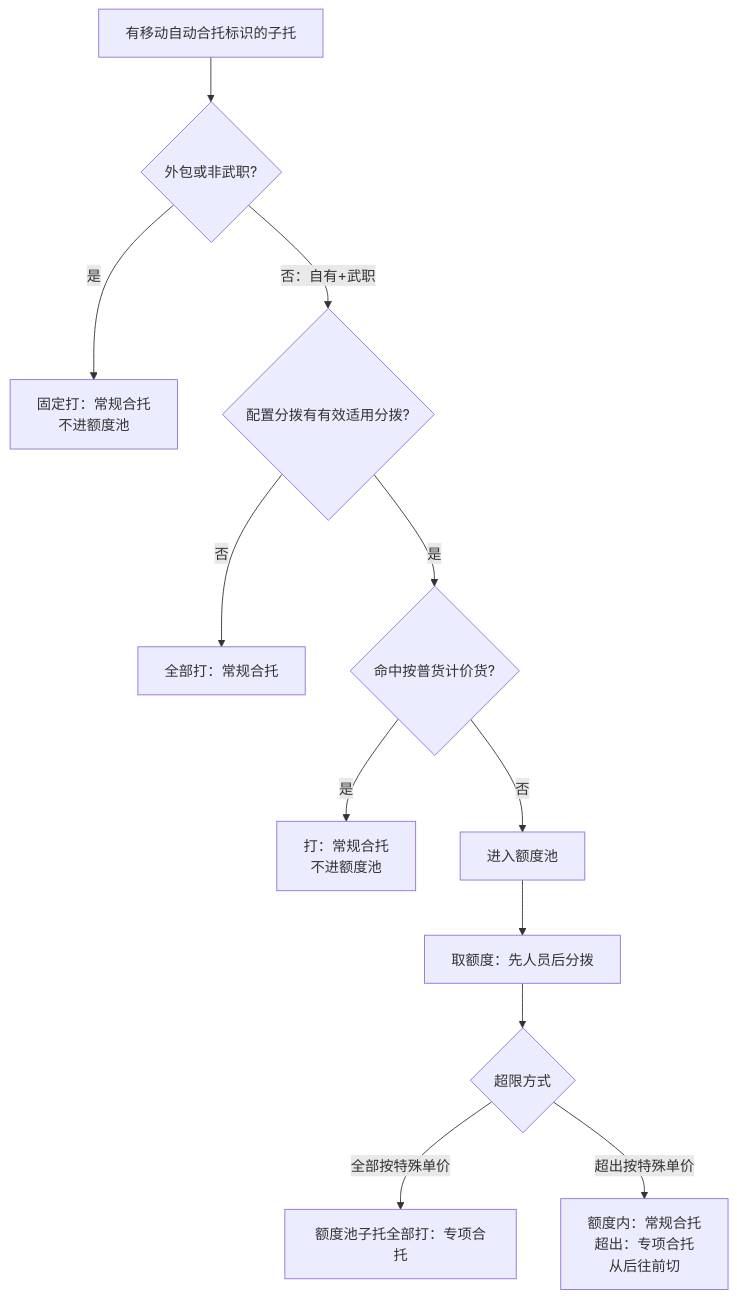
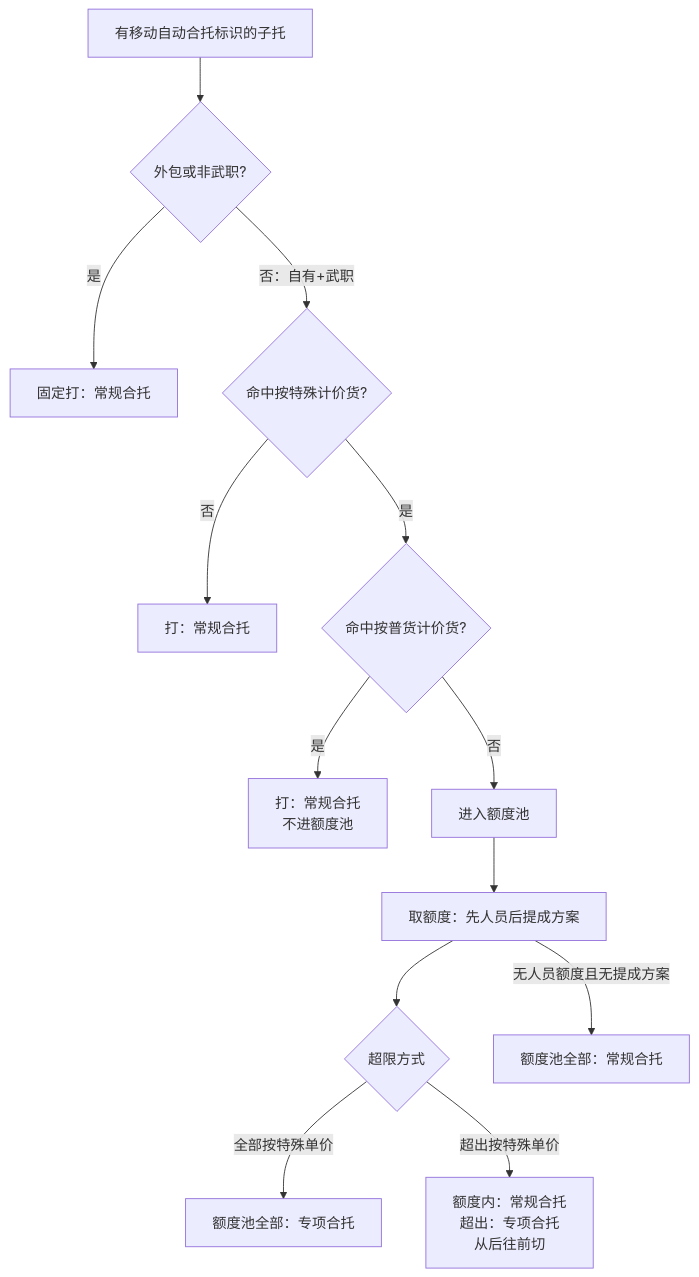
The diagram in docs/薪资线上化/移动作业统计-移动自动合托拆分.md (Sunny-sv/SZFB), drawn with Mermaid before and after one commit. The commit also changed other lines of this file and 5 other files, not shown here.

````diff
--- a/docs/薪资线上化/移动作业统计-移动自动合托拆分.md
+++ b/docs/薪资线上化/移动作业统计-移动自动合托拆分.md
@@ -139,14 +139,15 @@
 ```mermaid
 flowchart TD
   A[有移动自动合托标识的子托] --> Z{外包或非武职?}
-  Z -->|是| Y[固定打：常规合托<br/>不进额度池]
-  Z -->|否：自有+武职| B{配置分拨有有效适用分拨?}
-  B -->|否| C[全部打：常规合托]
+  Z -->|是| Y[固定打：常规合托]
+  Z -->|否：自有+武职| B{命中按特殊计价货?}
+  B -->|否| C[打：常规合托]
   B -->|是| D{命中按普货计价货?}
   D -->|是| E[打：常规合托<br/>不进额度池]
   D -->|否| F[进入额度池]
-  F --> G[取额度：先人员后分拨]
+  F --> G[取额度：先人员后提成方案]
   G --> H{超限方式}
-  H -->|全部按特殊单价| I[额度池子托全部打：专项合托]
+  H -->|全部按特殊单价| I[额度池全部：专项合托]
   H -->|超出按特殊单价| J[额度内：常规合托<br/>超出：专项合托<br/>从后往前切]
+  G -->|无人员额度且无提成方案| K[额度池全部：常规合托]
 ```
````
